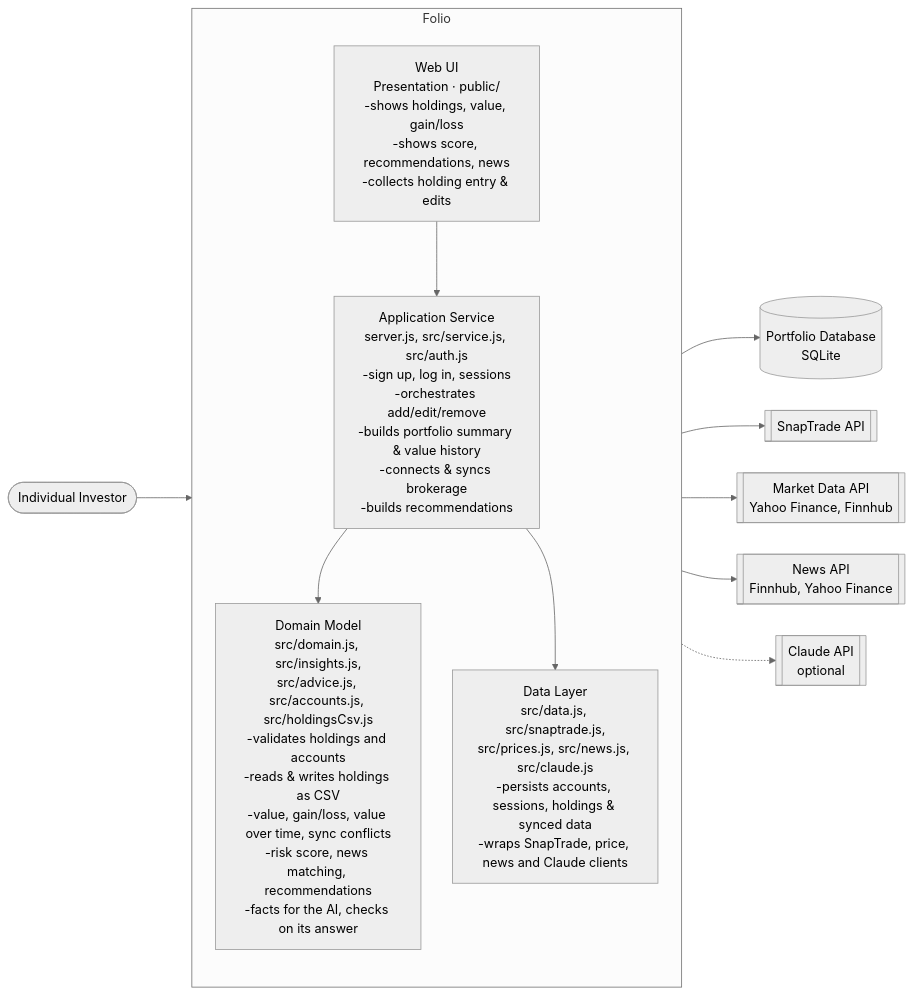
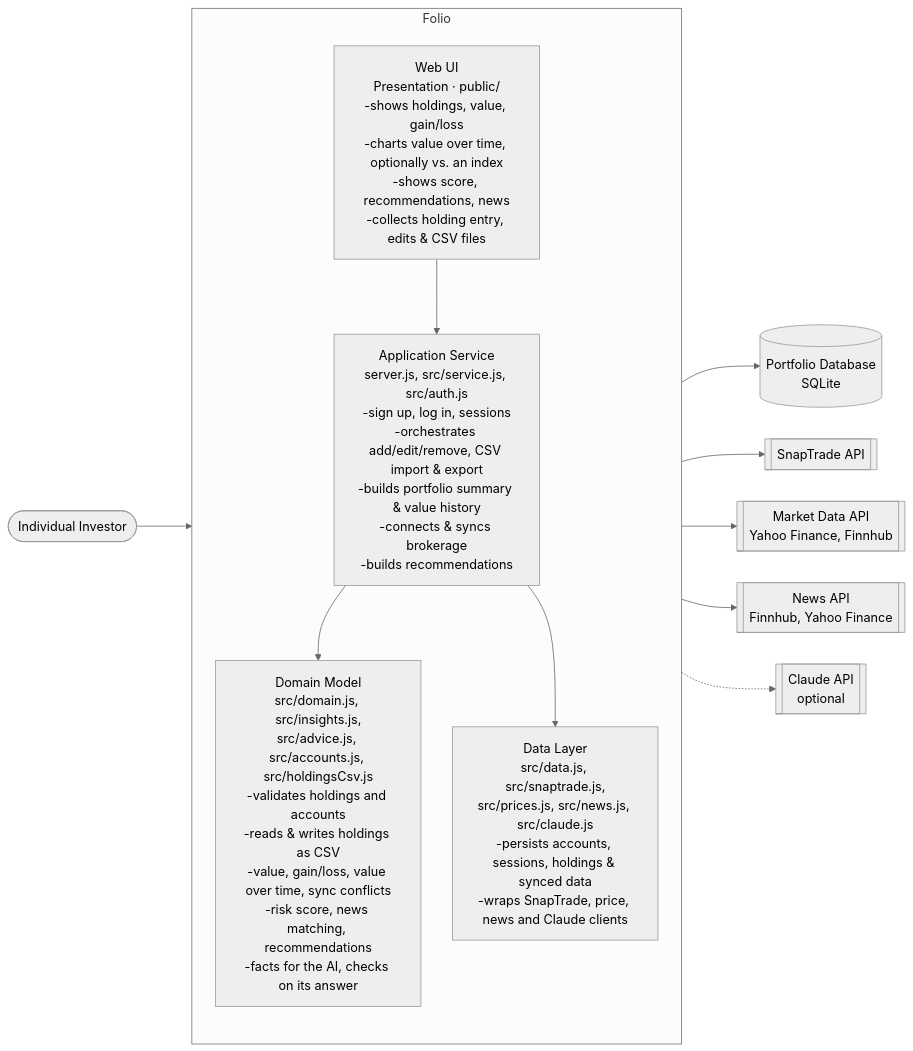
Before and after one commit to dquin144/cen5064-project-quinones: the second of 5 diagrams in README.md, drawn with Mermaid (neutral theme). The commit also changed other lines of this file and 4 other files, not shown here.

````diff
--- a/README.md
+++ b/README.md
@@ -216,28 +217,28 @@
 ```mermaid
 %%{init: {'flowchart': {'nodeSpacing': 40, 'rankSpacing': 70, 'curve': 'basis'}}}%%
 flowchart LR
     user([Individual Investor])
 
     subgraph System [Folio]
         direction TB
-        ui[Web UI<br/>Presentation · public/<br/>-shows holdings, value, gain/loss<br/>-shows score, recommendations, news<br/>-collects holding entry & edits]
-        service[Application Service<br/>server.js, src/service.js, src/auth.js<br/>-sign up, log in, sessions<br/>-orchestrates add/edit/remove<br/>-builds portfolio summary & value history<br/>-connects & syncs brokerage<br/>-builds recommendations]
+        ui[Web UI<br/>Presentation · public/<br/>-shows holdings, value, gain/loss<br/>-charts value over time, optionally vs. an index<br/>-shows score, recommendations, news<br/>-collects holding entry, edits & CSV files]
+        service[Application Service<br/>server.js, src/service.js, src/auth.js<br/>-sign up, log in, sessions<br/>-orchestrates add/edit/remove, CSV import & export<br/>-builds portfolio summary & value history<br/>-connects & syncs brokerage<br/>-builds recommendations]
         domain[Domain Model<br/>src/domain.js, src/insights.js,<br/>src/advice.js, src/accounts.js, src/holdingsCsv.js<br/>-validates holdings and accounts<br/>-reads & writes holdings as CSV<br/>-value, gain/loss, value over time, sync conflicts<br/>-risk score, news matching, recommendations<br/>-facts for the AI, checks on its answer]
         data[Data Layer<br/>src/data.js, src/snaptrade.js,<br/>src/prices.js, src/news.js, src/claude.js<br/>-persists accounts, sessions, holdings & synced data<br/>-wraps SnapTrade, price, news and Claude clients]
         ui --> service --> domain
         service --> data
     end
 
     db[(Portfolio Database<br/>SQLite)]
     snaptrade[[SnapTrade API]]
     market[[Market Data API<br/>Yahoo Finance, Finnhub]]
     news[[News API<br/>Finnhub, Yahoo Finance]]
     llm[[Claude API<br/>optional]]
 
     user --> ui
     data --> db
     data --> snaptrade
     data --> market
     data --> news
     data -.-> llm
 ```
````
